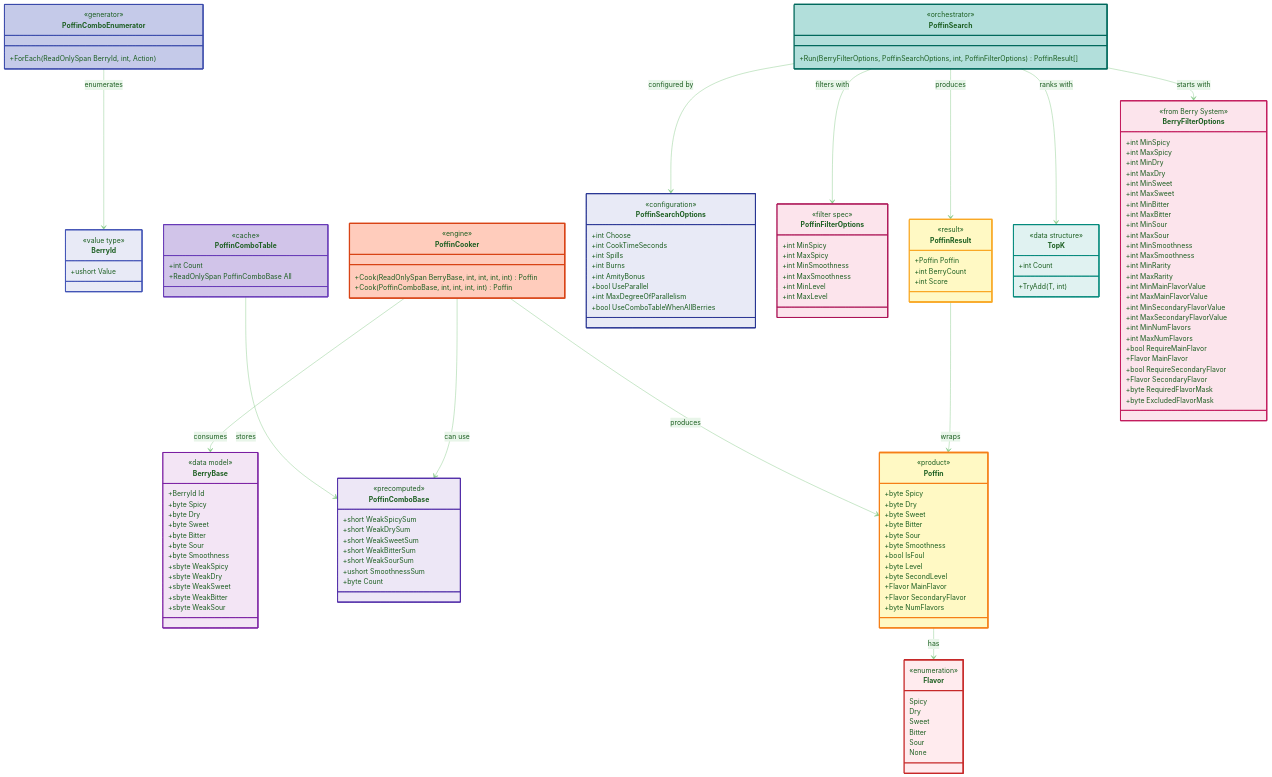
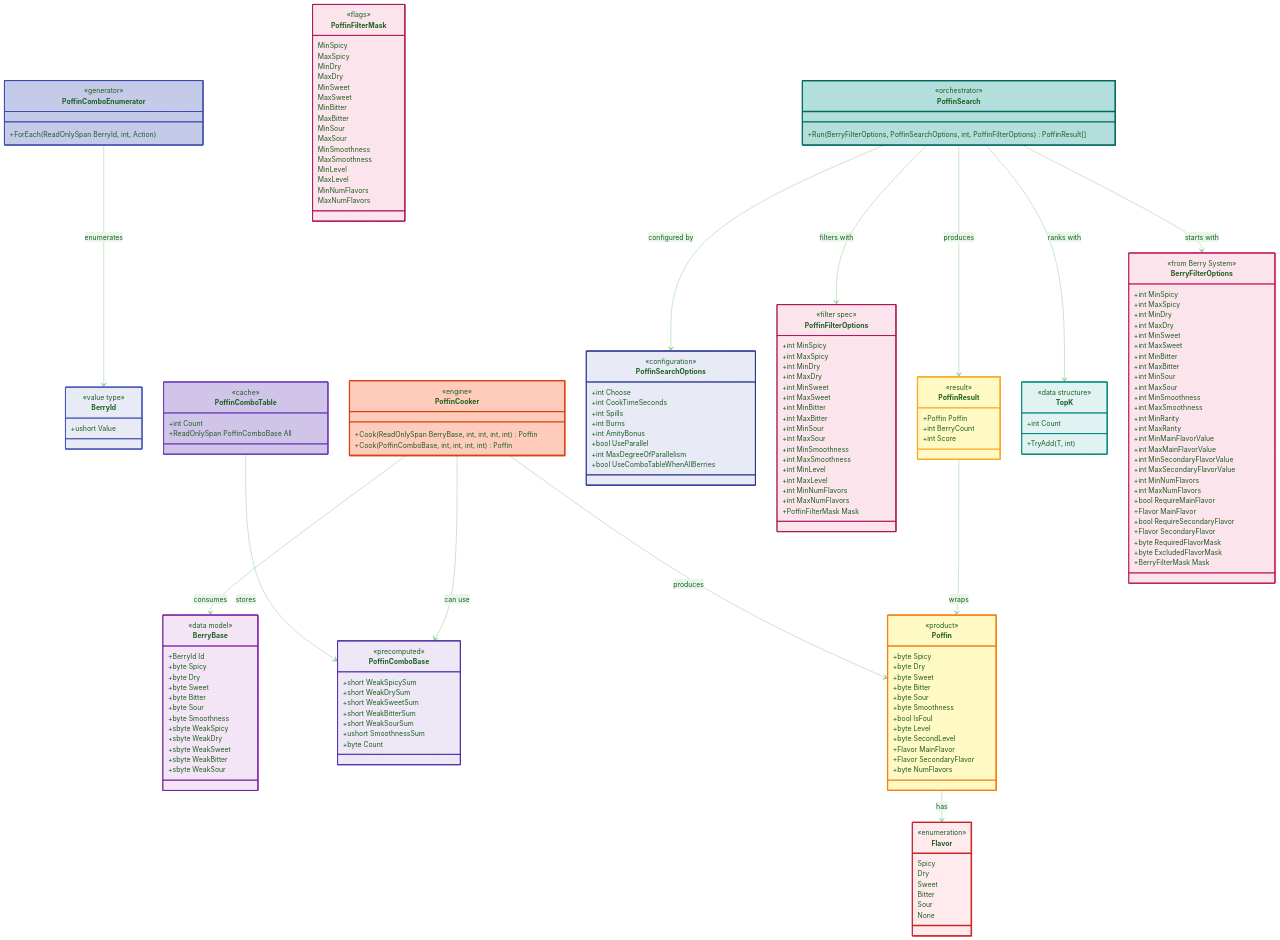
The diagram in docs/Poffins.ClassDiagram.md (GlassToeStudio/BDSP), drawn with Mermaid before and after one commit. The commit also changed 3 other files, not shown here.

Commit message:
Update diagrams to include filter mask

```diff
--- a/docs/Poffins.ClassDiagram.md
+++ b/docs/Poffins.ClassDiagram.md
@@ -106,12 +106,44 @@
         <<filter spec>>
         +int MinSpicy
         +int MaxSpicy
+        +int MinDry
+        +int MaxDry
+        +int MinSweet
+        +int MaxSweet
+        +int MinBitter
+        +int MaxBitter
+        +int MinSour
+        +int MaxSour
         +int MinSmoothness
         +int MaxSmoothness
         +int MinLevel
         +int MaxLevel
+        +int MinNumFlavors
+        +int MaxNumFlavors
+        +PoffinFilterMask Mask
     }
     style PoffinFilterOptions fill:#fce4ec,stroke:#ad1457,stroke-width:2px
+
+    class PoffinFilterMask {
+        <<flags>>
+        MinSpicy
+        MaxSpicy
+        MinDry
+        MaxDry
+        MinSweet
+        MaxSweet
+        MinBitter
+        MaxBitter
+        MinSour
+        MaxSour
+        MinSmoothness
+        MaxSmoothness
+        MinLevel
+        MaxLevel
+        MinNumFlavors
+        MaxNumFlavors
+    }
+    style PoffinFilterMask fill:#fce4ec,stroke:#ad1457,stroke-width:2px
 
     class PoffinResult {
         <<result>>
@@ -162,6 +194,7 @@
         +Flavor SecondaryFlavor
         +byte RequiredFlavorMask
         +byte ExcludedFlavorMask
+        +BerryFilterMask Mask
     }
     style BerryFilterOptions fill:#fce4ec,stroke:#c2185b,stroke-width:2px
 
```
